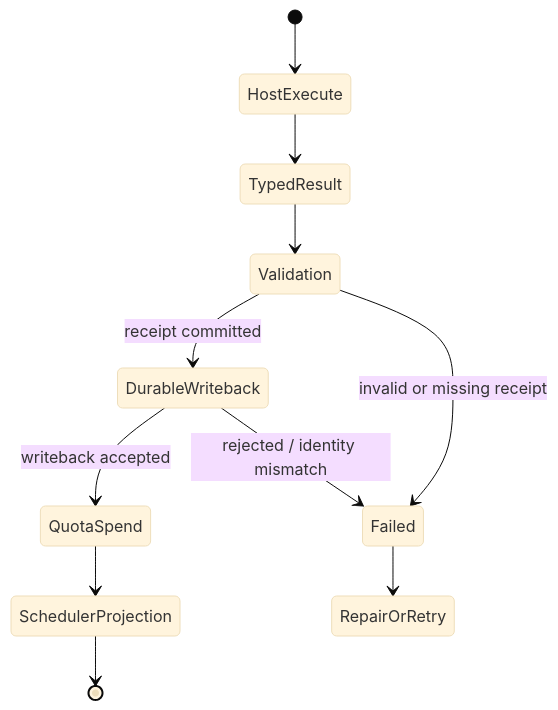
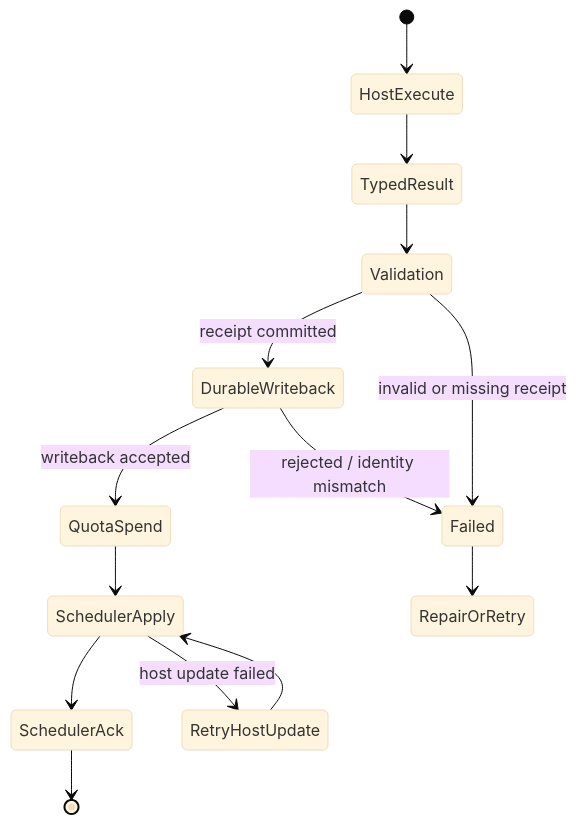
One commit to foolzzz/loopx changed the seventh of 10 diagrams in docs/book/en/chapters/core-state-machines.md. Above: the diagram before and after it, drawn with Mermaid (base theme). The commit also changed other lines of this file and 5 other files, not shown here.

````diff
--- a/docs/book/en/chapters/core-state-machines.md
+++ b/docs/book/en/chapters/core-state-machines.md
@@ -436,13 +436,16 @@
 ```mermaid
 stateDiagram-v2
   [*] --> HostExecute
   HostExecute --> TypedResult
   TypedResult --> Validation
   Validation --> DurableWriteback: receipt committed
   Validation --> Failed: invalid or missing receipt
   DurableWriteback --> QuotaSpend: writeback accepted
   DurableWriteback --> Failed: rejected / identity mismatch
-  QuotaSpend --> SchedulerProjection
-  SchedulerProjection --> [*]
+  QuotaSpend --> SchedulerApply
+  SchedulerApply --> SchedulerAck
+  SchedulerApply --> RetryHostUpdate: host update failed
+  RetryHostUpdate --> SchedulerApply
+  SchedulerAck --> [*]
   Failed --> RepairOrRetry
 ```
````
